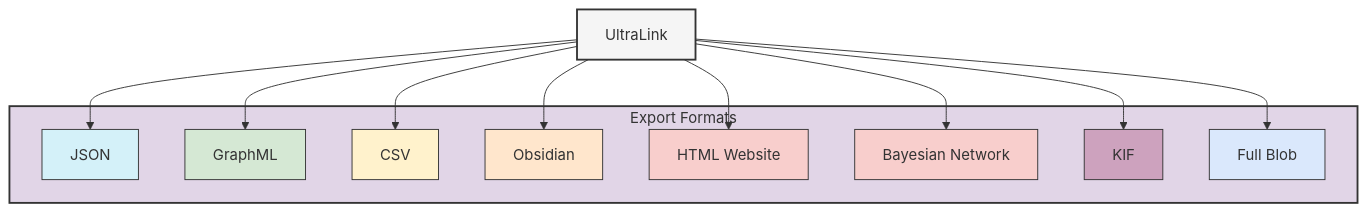
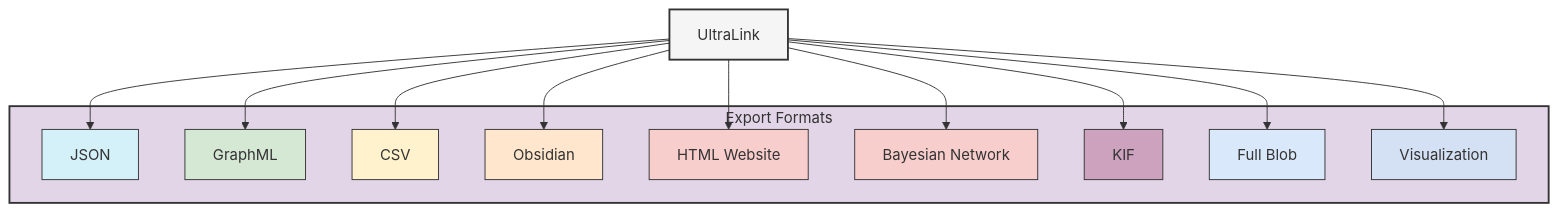
One commit to docxology/ultralink-docx changed the diagram in docs/formats/README.md. Above: the diagram before and after it, drawn with Mermaid. The commit also changed other lines of this file and 1375 other files, not shown here.

````diff
--- a/docs/formats/README.md
+++ b/docs/formats/README.md
@@ -5,35 +5,38 @@
 ```mermaid
 flowchart TD
     UL[UltraLink]
     
     subgraph Formats["Export Formats"]
         JSON[JSON]
         GraphML[GraphML]
         CSV[CSV]
         Obs[Obsidian]
         HTML[HTML Website]
         BN[Bayesian Network]
         KIF[KIF]
         Blob[Full Blob]
+        VIS[Visualization]
     end
     
     UL --> JSON
     UL --> GraphML
     UL --> CSV
     UL --> Obs
     UL --> HTML
     UL --> BN
     UL --> KIF
     UL --> Blob
+    UL --> VIS
     
     style UL fill:#f5f5f5,stroke:#333,stroke-width:2px
     style Formats fill:#e1d5e7,stroke:#333,stroke-width:2px
     style JSON fill:#d4f1f9,stroke:#333,stroke-width:1px
     style GraphML fill:#d5e8d4,stroke:#333,stroke-width:1px
     style CSV fill:#fff2cc,stroke:#333,stroke-width:1px
     style Obs fill:#ffe6cc,stroke:#333,stroke-width:1px
     style HTML fill:#f8cecc,stroke:#333,stroke-width:1px
     style BN fill:#f8cecc,stroke:#333,stroke-width:1px
     style KIF fill:#cda2be,stroke:#333,stroke-width:1px
     style Blob fill:#dae8fc,stroke:#333,stroke-width:1px
+    style VIS fill:#d4e1f5,stroke:#333,stroke-width:1px
 ```
````
